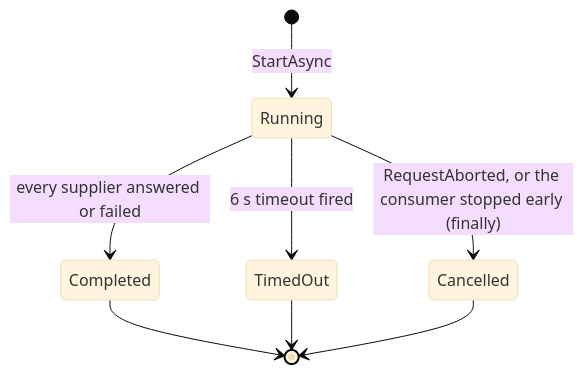
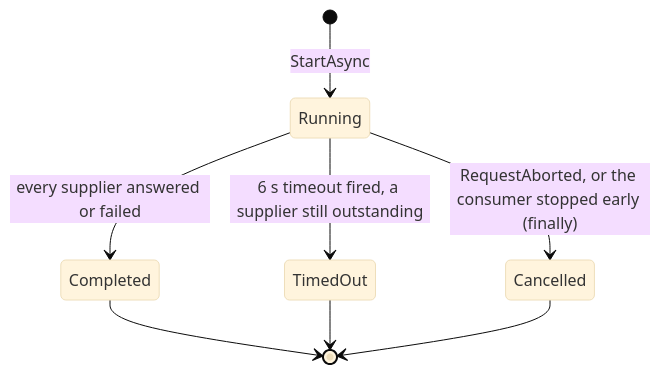
The first of 2 diagrams in docs/plan.md (l-Vladislav/pricehunt), drawn with Mermaid (base theme) before and after one commit. The commit also changed other lines of this file and 6 other files, not shown here.

````diff
--- a/docs/plan.md
+++ b/docs/plan.md
@@ -48,10 +54,10 @@
 ```mermaid
 stateDiagram-v2
     [*] --> Running: StartAsync
     Running --> Completed: every supplier answered or failed
-    Running --> TimedOut: 6 s timeout fired
+    Running --> TimedOut: 6 s timeout fired, a supplier still outstanding
     Running --> Cancelled: RequestAborted, or the consumer stopped early (finally)
     Completed --> [*]
     TimedOut --> [*]
     Cancelled --> [*]
 ```
````
